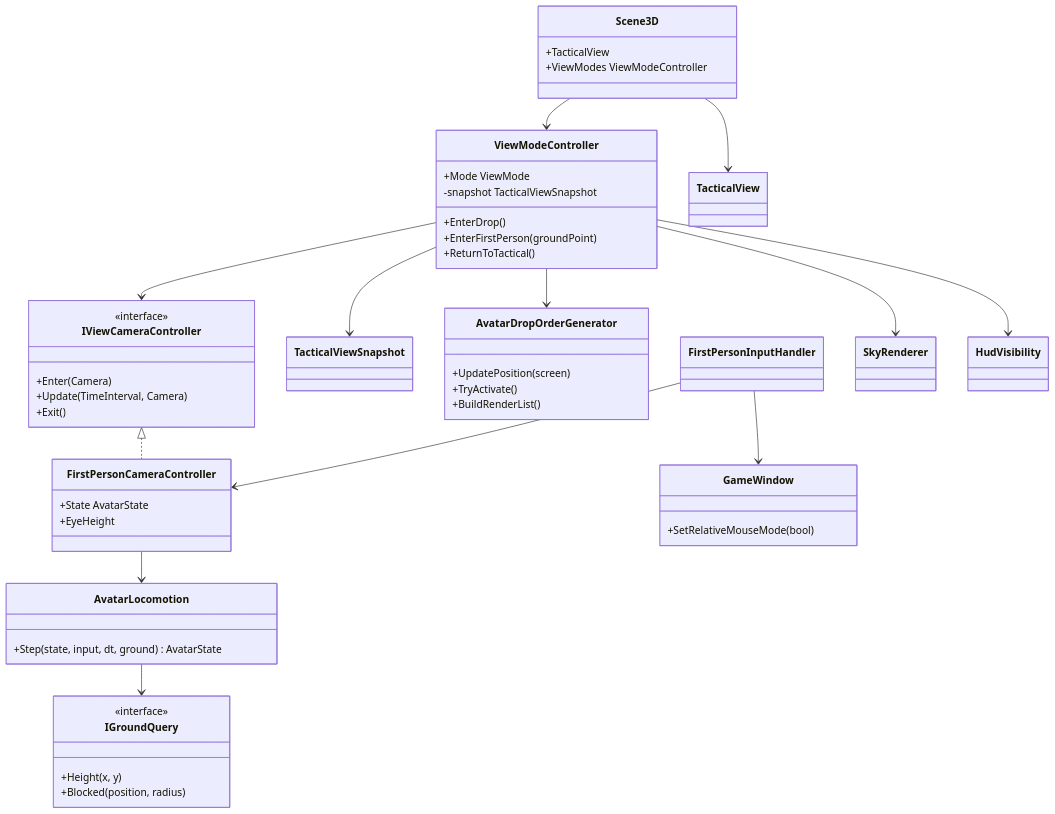
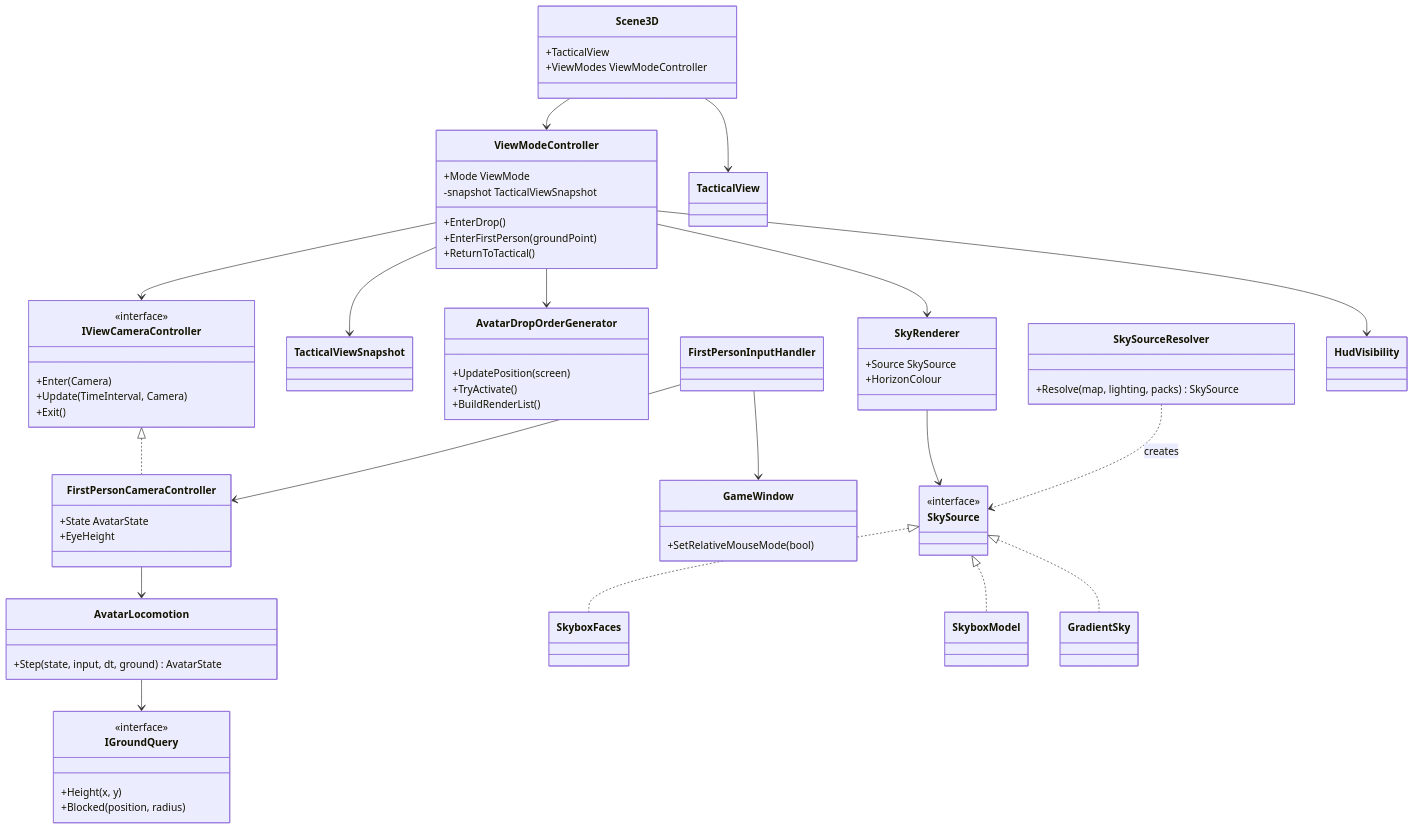
One commit to rmessinger/Panopticon changed the first of 2 diagrams in docs/roadmap/deep-dives/g13-first-person-ground-view.md. Above: the diagram before and after it, drawn with Mermaid. The commit also changed other lines of this file and 10 other files, not shown here.

Commit message:
Roadmap: add skyboxes to G13 and sky packs to G12 (WI-G13-05 revised, WI-G13-07, WI-G12-08, WI-G12-09)

````diff
--- a/docs/roadmap/deep-dives/g13-first-person-ground-view.md
+++ b/docs/roadmap/deep-dives/g13-first-person-ground-view.md
@@ -120,57 +140,74 @@
 ```mermaid
 classDiagram
   class Scene3D {
     +TacticalView
     +ViewModes ViewModeController
   }
   class ViewModeController {
     +Mode ViewMode
     +EnterDrop()
     +EnterFirstPerson(groundPoint)
     +ReturnToTactical()
     -snapshot TacticalViewSnapshot
   }
   class IViewCameraController {
     <<interface>>
     +Enter(Camera)
     +Update(TimeInterval, Camera)
     +Exit()
   }
   class FirstPersonCameraController {
     +State AvatarState
     +EyeHeight
   }
   class TacticalView
   class TacticalViewSnapshot
   class AvatarDropOrderGenerator {
     +UpdatePosition(screen)
     +TryActivate()
     +BuildRenderList()
   }
   class AvatarLocomotion {
     +Step(state, input, dt, ground) AvatarState
   }
   class IGroundQuery {
     <<interface>>
     +Height(x, y)
     +Blocked(position, radius)
   }
   class FirstPersonInputHandler
   class GameWindow {
     +SetRelativeMouseMode(bool)
   }
-  class SkyRenderer
+  class SkyRenderer {
+    +Source SkySource
+    +HorizonColour
+  }
+  class SkySource {
+    <<interface>>
+  }
+  class SkyboxFaces
+  class SkyboxModel
+  class GradientSky
+  class SkySourceResolver {
+    +Resolve(map, lighting, packs) SkySource
+  }
   class HudVisibility
   Scene3D --> ViewModeController
   Scene3D --> TacticalView
   ViewModeController --> TacticalViewSnapshot
   ViewModeController --> IViewCameraController
   IViewCameraController <|.. FirstPersonCameraController
   FirstPersonCameraController --> AvatarLocomotion
   AvatarLocomotion --> IGroundQuery
   ViewModeController --> AvatarDropOrderGenerator
   FirstPersonInputHandler --> FirstPersonCameraController
   FirstPersonInputHandler --> GameWindow
   ViewModeController --> SkyRenderer
+  SkyRenderer --> SkySource
+  SkySource <|.. SkyboxFaces
+  SkySource <|.. SkyboxModel
+  SkySource <|.. GradientSky
+  SkySourceResolver ..> SkySource : creates
   ViewModeController --> HudVisibility
 ```
````
